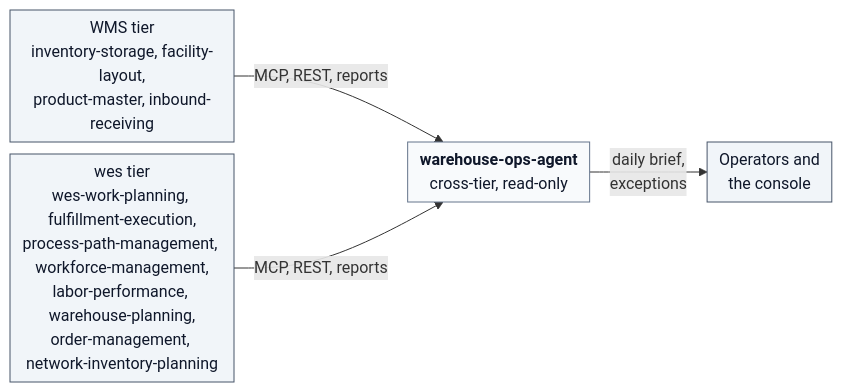
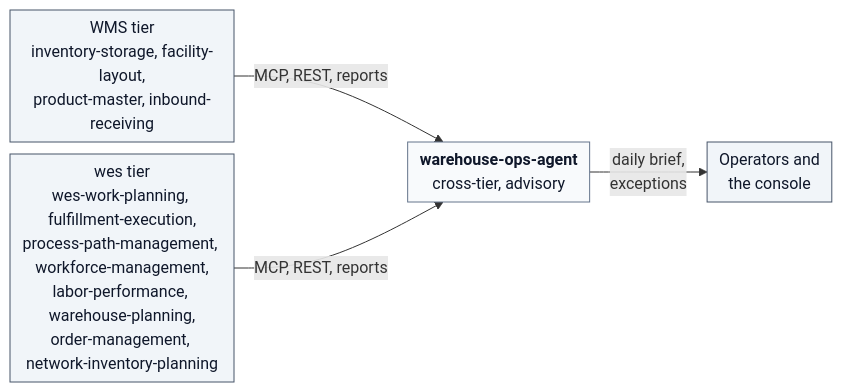
Diagram 11 of 11 in docs/wms-wes/wes-tier.md (IQVO/warehouse-docs), drawn with Mermaid before and after one commit. The commit also changed other lines of this file and 16 other files, not shown here.

First line of the commit message:
docs(strategic): close leftover counts, K62-K66 citations and the unchecked ops-agent wiring

````diff
--- a/docs/wms-wes/wes-tier.md
+++ b/docs/wms-wes/wes-tier.md
@@ -474,13 +479,13 @@
 ```mermaid
 %%{init: {"flowchart": {"nodeSpacing": 12, "rankSpacing": 40, "padding": 6}}}%%
 flowchart LR
     IN1["WMS tier<br/>inventory-storage, facility-layout,<br/>product-master, inbound-receiving"] -->|"MCP, REST, reports"| OA
     IN2["wes tier<br/>wes-work-planning, fulfillment-execution,<br/>process-path-management, workforce-management,<br/>labor-performance, warehouse-planning,<br/>order-management, network-inventory-planning"] -->|"MCP, REST, reports"| OA
-    OA["<b>warehouse-ops-agent</b><br/>cross-tier, read-only"]
+    OA["<b>warehouse-ops-agent</b><br/>cross-tier, advisory"]
     OA -->|"daily brief,<br/>exceptions"| OUT1["Operators and<br/>the console"]
 
     classDef other fill:#f1f5f9,stroke:#475569,color:#0f172a
     classDef sup fill:#f8fafc,stroke:#64748b,color:#0f172a
     class OA sup
     class IN1,IN2,OUT1 other
 ```
````
